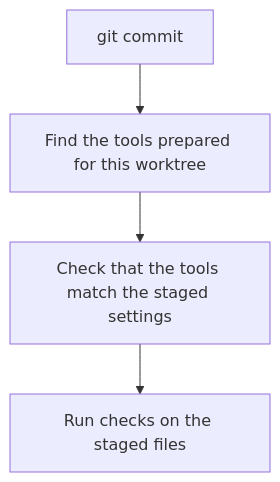
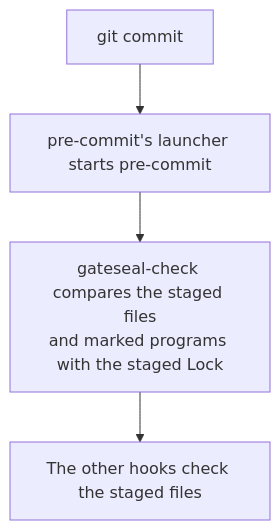
Before and after one commit to karstenevers/gateseal: the diagram in docs/how-a-commit-runs.md, drawn with Mermaid. The commit also changed other lines of this file and 93 other files, not shown here.

````diff
--- a/docs/how-a-commit-runs.md
+++ b/docs/how-a-commit-runs.md
@@ -8,8 +8,8 @@
 ```mermaid
 flowchart TD
     accTitle: How gateseal checks a commit
-    accDescr: Git finds the tools prepared for this worktree. The hook checks that they match the staged settings. Then pre-commit checks the staged files.
-    git["git commit"] --> hook["Find the tools prepared for this worktree"]
-    hook --> settings["Check that the tools match the staged settings"]
-    settings --> checks["Run checks on the staged files"]
+    accDescr: Git starts pre-commit. gateseal's hook compares the staged files and the installed programs of marked tools with the staged Lock. Then the other hooks check the staged files.
+    git["git commit"] --> launcher["pre-commit's launcher starts pre-commit"]
+    launcher --> check["gateseal-check compares the staged files<br/>and marked programs with the staged Lock"]
+    check --> checks["The other hooks check the staged files"]
 ```
````
